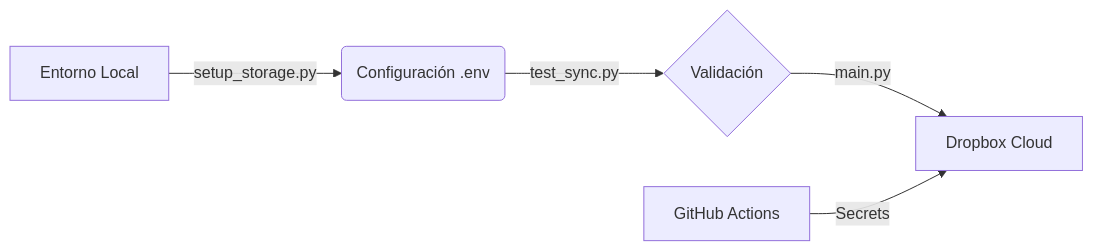
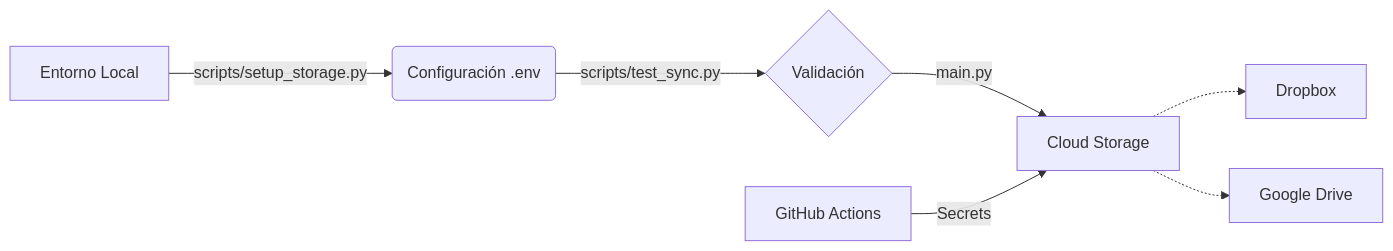
One commit to LogicalReality/EdenSync changed the diagram in README.md. Above: the diagram before and after it, drawn with Mermaid. The commit also changed other lines of this file and 2 other files, not shown here.

Commit message:
feat: Add abstract storage provider with concrete implementations for Dropbox and Google Drive, alongside updates to gitignore and README.

````diff
--- a/README.md
+++ b/README.md
@@ -11,7 +11,9 @@
 ```mermaid
 graph LR
-    A[Entorno Local] -- "setup_storage.py" --> B(Configuración .env)
-    B -- "test_sync.py" --> C{Validación}
-    C -- "main.py" --> D[Dropbox Cloud]
+    A[Entorno Local] -- "scripts/setup_storage.py" --> B(Configuración .env)
+    B -- "scripts/test_sync.py" --> C{Validación}
+    C -- "main.py" --> D[Cloud Storage]
+    D -.-> D1[Dropbox]
+    D -.-> D2[Google Drive]
     E[GitHub Actions] -- "Secrets" --> D
 ```
````
